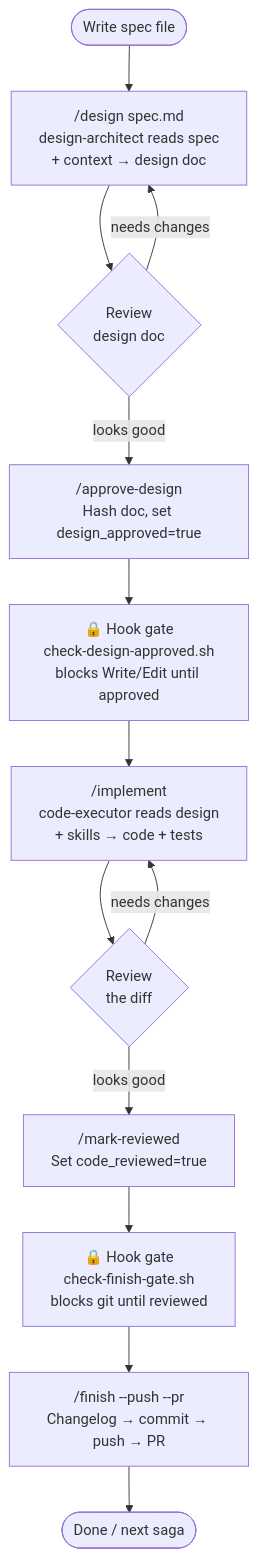
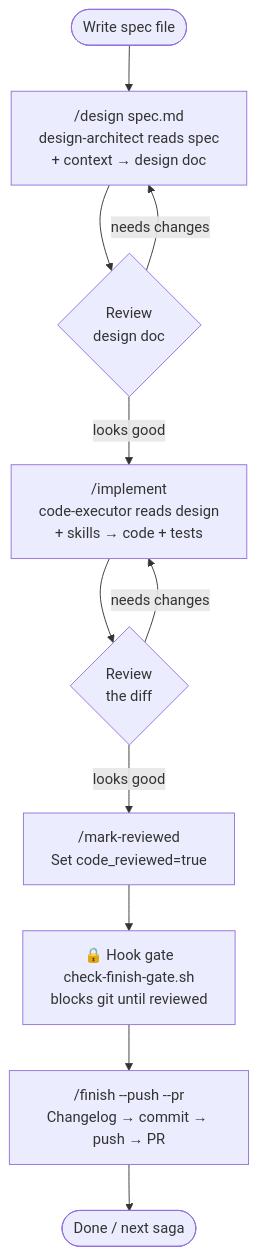
One commit to thepipeman/saga changed the diagram in README.md. Above: the diagram before and after it, drawn with Mermaid. The commit also changed other lines of this file and 10 other files, not shown here.

Commit message:
Simplified phases, removed design-approved phase

````diff
--- a/README.md
+++ b/README.md
@@ -56,15 +56,13 @@
 ```mermaid
 flowchart TD
     A([Write spec file]) --> B["/design spec.md\ndesign-architect reads spec\n+ context → design doc"]
     B --> C{Review\ndesign doc}
     C -- needs changes --> B
-    C -- looks good --> D["/approve-design\nHash doc, set design_approved=true"]
-    D --> E["🔒 Hook gate\ncheck-design-approved.sh\nblocks Write/Edit until approved"]
-    E --> F["/implement\ncode-executor reads design\n+ skills → code + tests"]
+    C -- looks good --> F["/implement\ncode-executor reads design\n+ skills → code + tests"]
     F --> G{Review\nthe diff}
     G -- needs changes --> F
     G -- looks good --> H["/mark-reviewed\nSet code_reviewed=true"]
     H --> I["🔒 Hook gate\ncheck-finish-gate.sh\nblocks git until reviewed"]
     I --> J["/finish --push --pr\nChangelog → commit → push → PR"]
     J --> K([Done / next saga])
 ```
````
